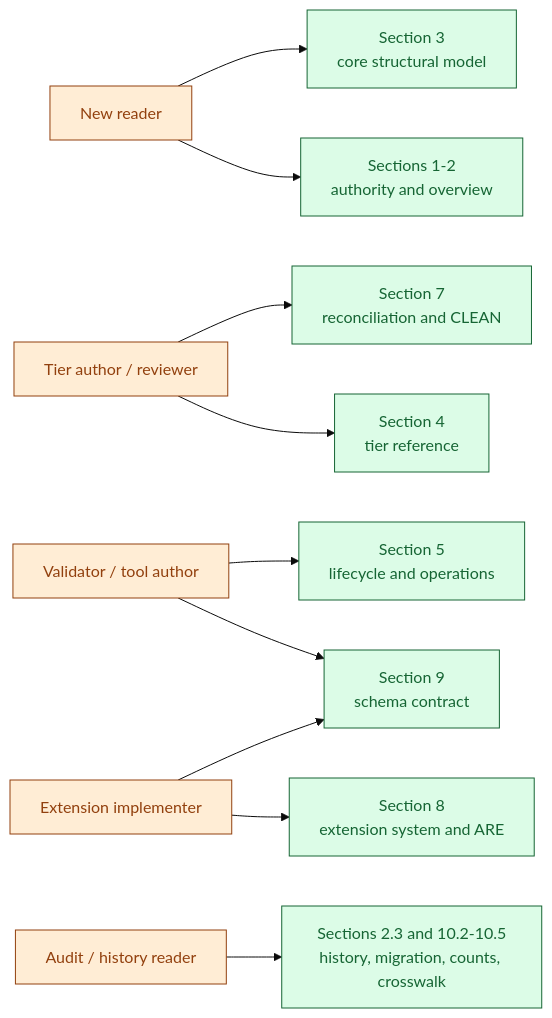
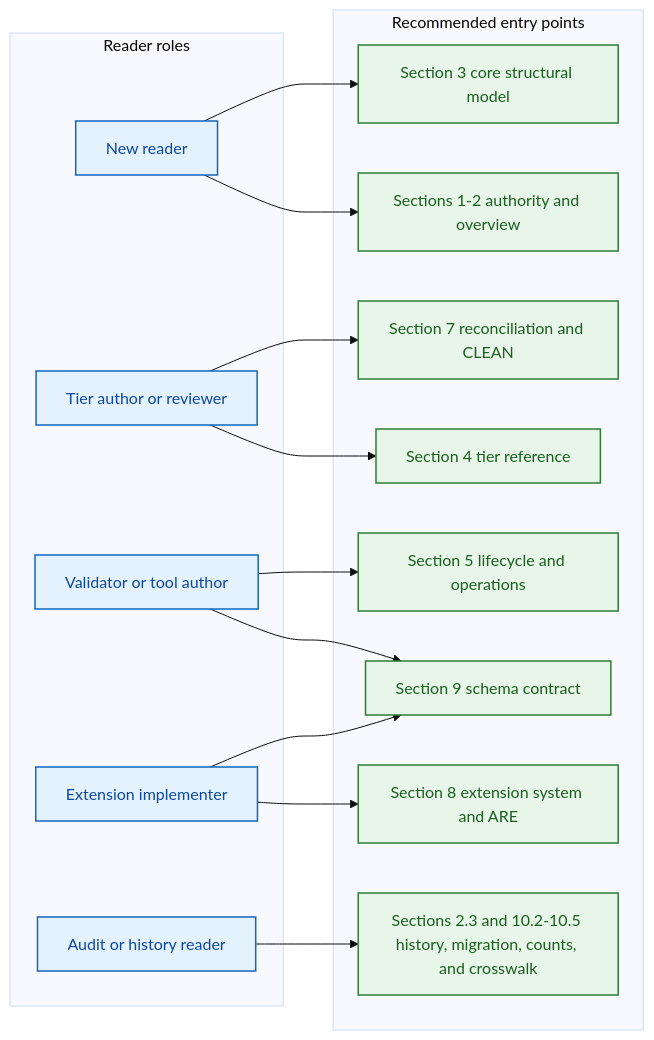
The second of 28 diagrams in .agent/assets/proposals/active/v6.3/ddr_ref_manual_v6.3.md (formosa/Antigravity), drawn with Mermaid (base theme) before and after one commit. The commit also changed other lines of this file and 76 other files, not shown here.

Commit message:
feat: formalize DDR system v6.2 and v6.3 proposals with issue resolution reports and updated schema definitions.

````diff
--- a/.agent/assets/proposals/active/v6.3/ddr_ref_manual_v6.3.md
+++ b/.agent/assets/proposals/active/v6.3/ddr_ref_manual_v6.3.md
@@ -167,17 +175,37 @@
 ```mermaid
 flowchart LR
-    NR["New reader"] --> O12["Sections 1-2<br/>authority and overview"]
-    NR --> C3["Section 3<br/>core structural model"]
-    TA["Tier author / reviewer"] --> T4["Section 4<br/>tier reference"]
-    TA --> R7["Section 7<br/>reconciliation and CLEAN"]
-    VT["Validator / tool author"] --> S9["Section 9<br/>schema contract"]
-    VT --> L5["Section 5<br/>lifecycle and operations"]
-    EI["Extension implementer"] --> E8["Section 8<br/>extension system and ARE"]
+    accTitle: Reader routing by technical objective
+    accDescr: Maps common reader roles to the sections that best answer their immediate technical question.
+    subgraph ROLES["Reader roles"]
+        NR["New reader"]
+        TA["Tier author or reviewer"]
+        VT["Validator or tool author"]
+        EI["Extension implementer"]
+        AH["Audit or history reader"]
+    end
+    subgraph PATHS["Recommended entry points"]
+        O12["Sections 1-2 authority and overview"]
+        C3["Section 3 core structural model"]
+        T4["Section 4 tier reference"]
+        R7["Section 7 reconciliation and CLEAN"]
+        S9["Section 9 schema contract"]
+        L5["Section 5 lifecycle and operations"]
+        E8["Section 8 extension system and ARE"]
+        CH["Sections 2.3 and 10.2-10.5 history, migration, counts, and crosswalk"]
+    end
+
+    NR --> O12
+    NR --> C3
+    TA --> T4
+    TA --> R7
+    VT --> S9
+    VT --> L5
+    EI --> E8
     EI --> S9
-    AH["Audit / history reader"] --> CH["Sections 2.3 and 10.2-10.5<br/>history, migration, counts, crosswalk"]
+    AH --> CH
 
-    classDef explanatory fill:#ffedd5,stroke:#92400e,color:#92400e;
-    classDef normative fill:#dcfce7,stroke:#166534,color:#166534;
-    class NR,TA,VT,EI,AH explanatory;
+    classDef normative fill:#e8f5e9,stroke:#2e7d32,color:#1b5e20,stroke-width:1.5px;
+    classDef schema fill:#e3f2fd,stroke:#1565c0,color:#0d47a1,stroke-width:1.5px;
+    class NR,TA,VT,EI,AH schema;
     class O12,C3,T4,R7,S9,L5,E8,CH normative;
 ```
````
